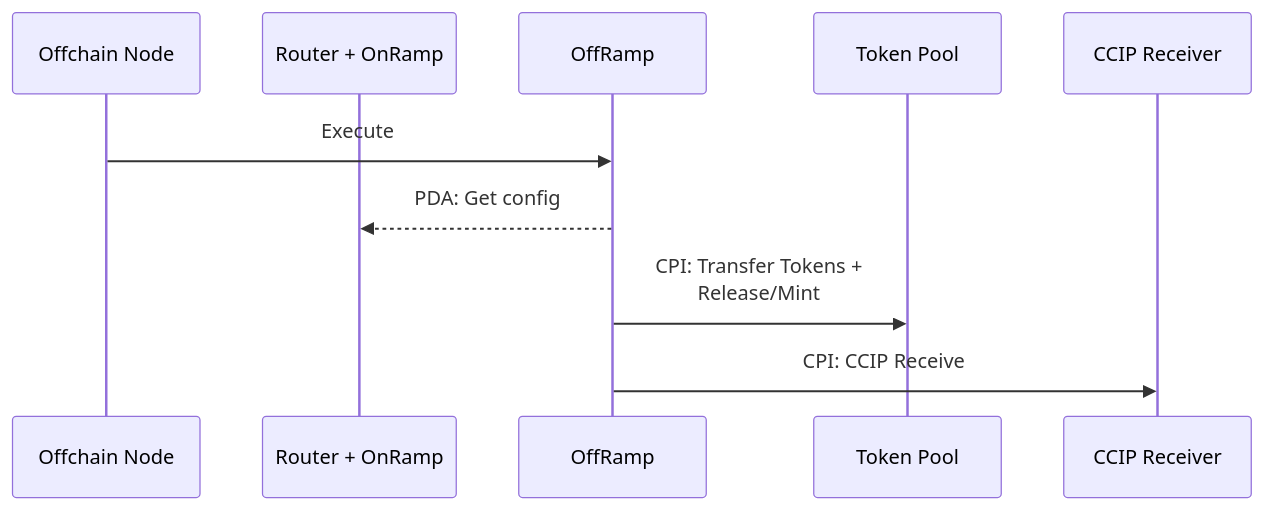
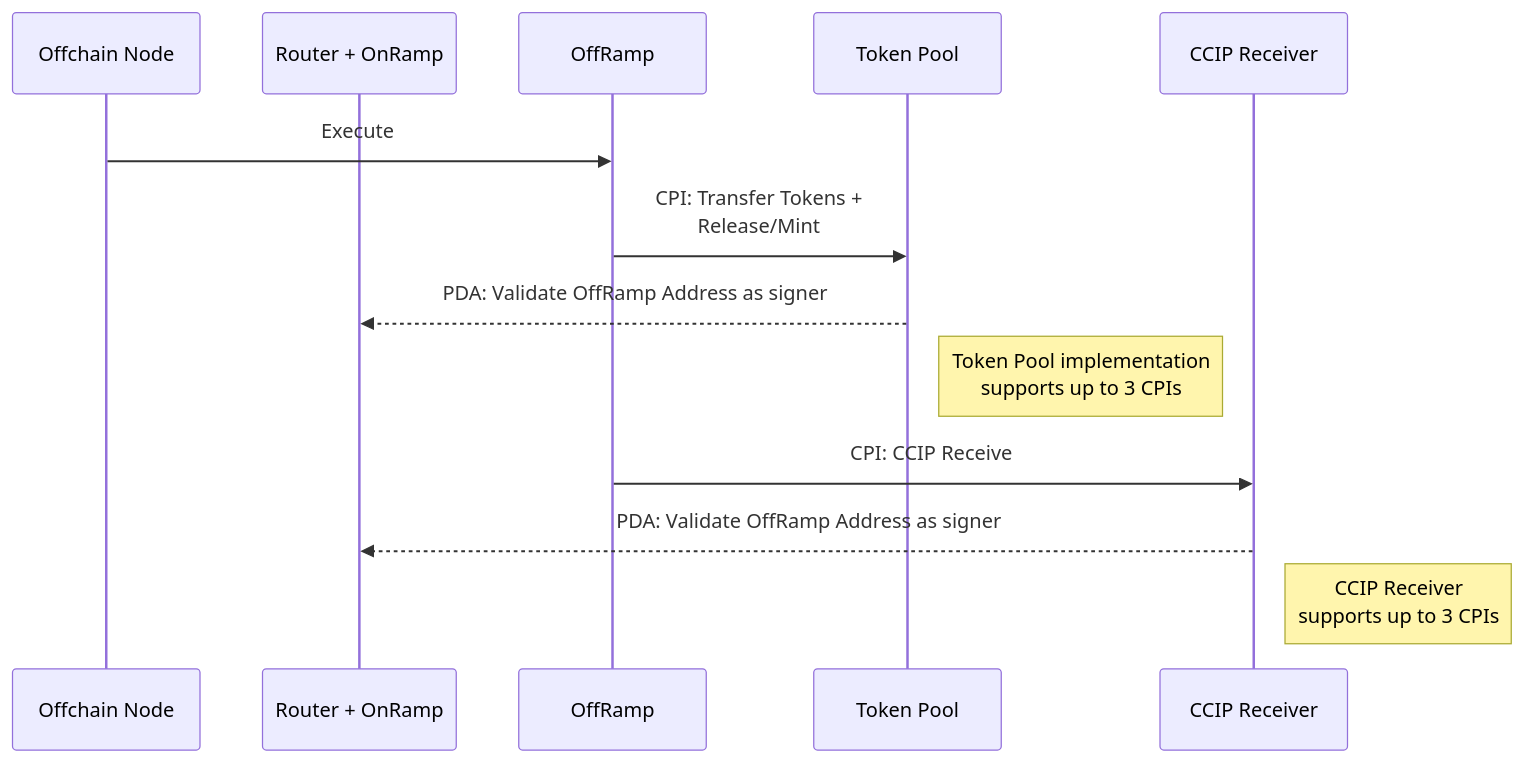
One commit to smartcontractkit/chainlink-ccip changed the third of 3 diagrams in chains/solana/contracts/flows.md. Above: the diagram before and after it, drawn with Mermaid. The commit also changed other lines of this file and 3 other files, not shown here.

````diff
--- a/chains/solana/contracts/flows.md
+++ b/chains/solana/contracts/flows.md
@@ -34,13 +32,16 @@
 ```mermaid
 sequenceDiagram
     participant N as Offchain Node
     participant R as Router + OnRamp
     participant O as OffRamp
     participant T as Token Pool
     participant C as CCIP Receiver
 
     N->>O: Execute
-    O-->>R: PDA: Get config
     O->>T: CPI: Transfer Tokens +<br/>Release/Mint
+    T-->>R: PDA: Validate OffRamp Address as signer
+    Note right of T: Token Pool implementation<br/>supports up to 3 CPIs
     O->>C: CPI: CCIP Receive
+    C-->>R: PDA: Validate OffRamp Address as signer
+    Note right of C: CCIP Receiver<br/>supports up to 3 CPIs
 ```
````
